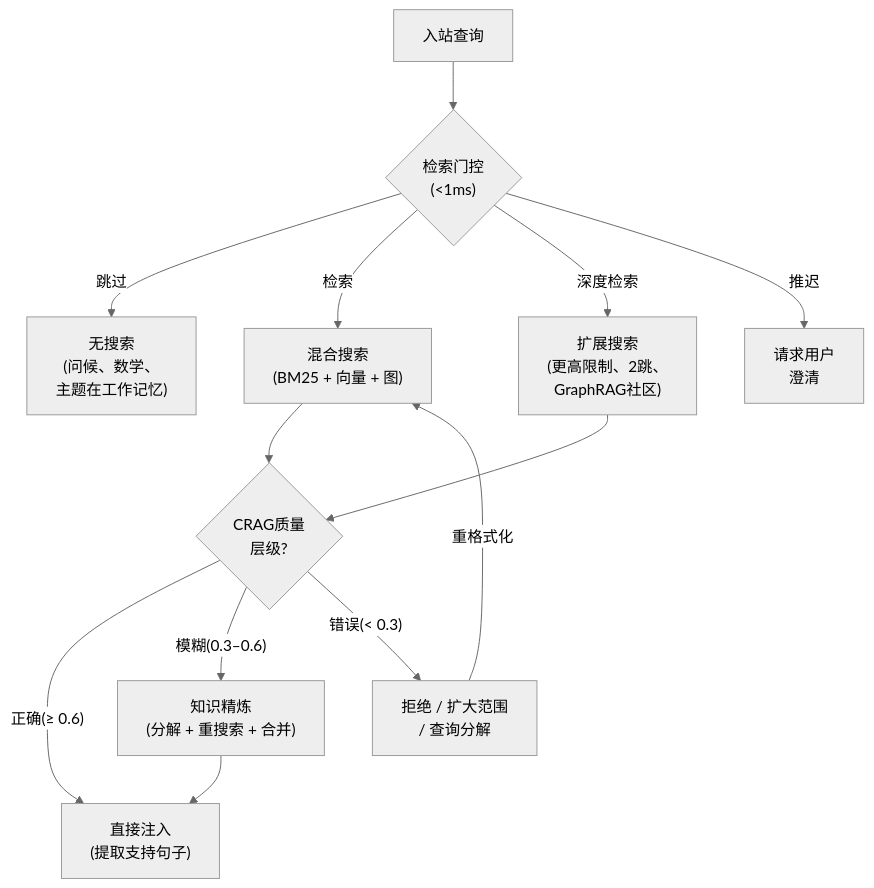
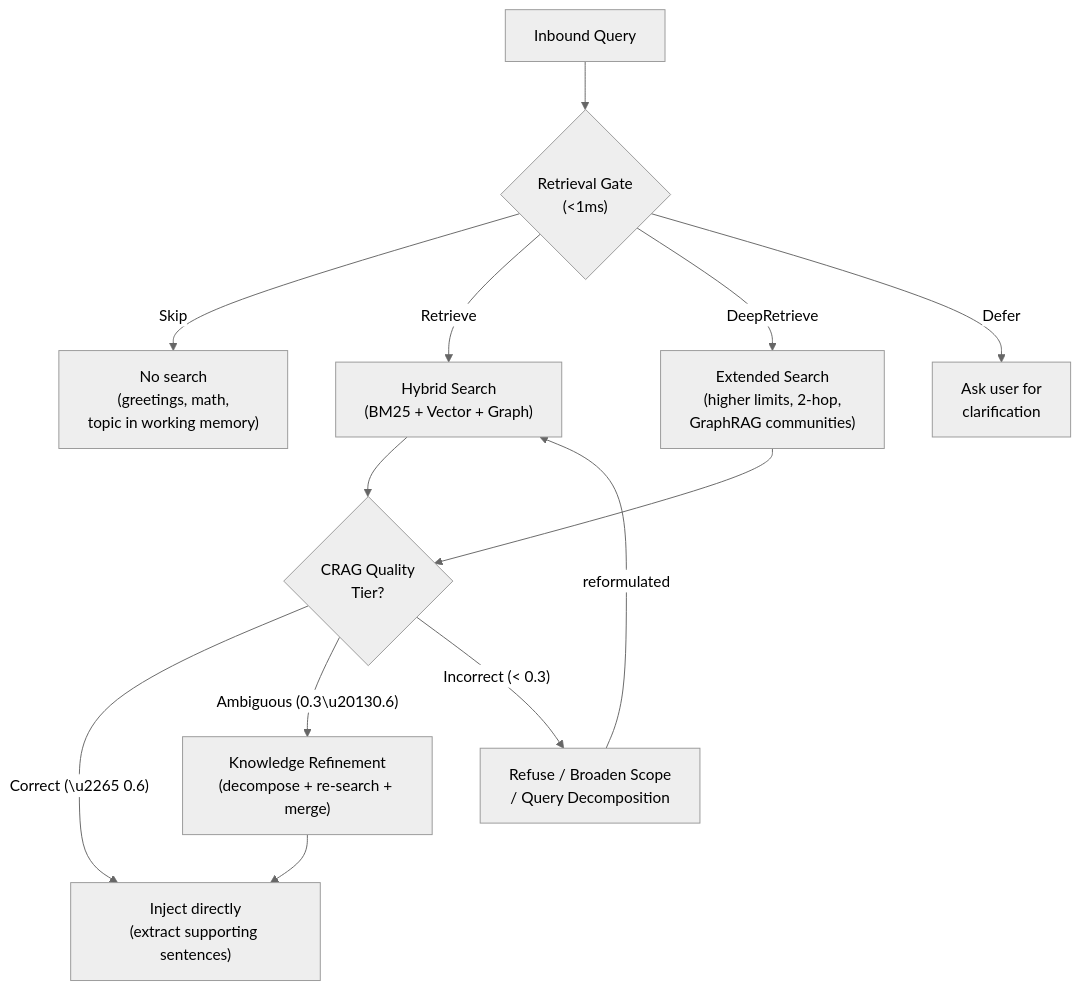
One commit to WeiLinCool/openpawz changed the fifth of 21 diagrams in docs/research/engram.md. Above: the diagram before and after it, drawn with Mermaid (neutral theme). The commit also changed other lines of this file and 7 other files, not shown here.

````diff
--- a/docs/research/engram.md
+++ b/docs/research/engram.md
@@ -402,20 +402,20 @@
 ```mermaid
 flowchart TD
-    Q["入站查询"] --> GATE{"检索门控\n(<1ms)"}
+    Q["Inbound Query"] --> GATE{"Retrieval Gate\n(<1ms)"}
 
-    GATE -- "跳过" --> SKIP["无搜索\n(问候、数学、\n主题在工作记忆)"]
-    GATE -- "检索" --> SEARCH["混合搜索\n(BM25 + 向量 + 图)"]
-    GATE -- "深度检索" --> DEEP["扩展搜索\n(更高限制、2跳、\nGraphRAG社区)"]
+    GATE -- "Skip" --> SKIP["No search\n(greetings, math,\ntopic in working memory)"]
+    GATE -- "Retrieve" --> SEARCH["Hybrid Search\n(BM25 + Vector + Graph)"]
+    GATE -- "DeepRetrieve" --> DEEP["Extended Search\n(higher limits, 2-hop,\nGraphRAG communities)"]
 
-    SEARCH --> QC{"CRAG质量\n层级?"}
+    SEARCH --> QC{"CRAG Quality\nTier?"}
     DEEP --> QC
 
-    QC -- "正确(≥ 0.6)" --> INJECT["直接注入\n(提取支持句子)"]
-    QC -- "模糊(0.3–0.6)" --> REFINE["知识精炼\n(分解 + 重搜索 + 合并)"]
-    QC -- "错误(< 0.3)" --> REFUSE["拒绝 / 扩大范围\n/ 查询分解"]
+    QC -- "Correct (\u2265 0.6)" --> INJECT["Inject directly\n(extract supporting sentences)"]
+    QC -- "Ambiguous (0.3\u20130.6)" --> REFINE["Knowledge Refinement\n(decompose + re-search + merge)"]
+    QC -- "Incorrect (< 0.3)" --> REFUSE["Refuse / Broaden Scope\n/ Query Decomposition"]
 
     REFINE --> INJECT
-    REFUSE -- "重格式化" --> SEARCH
+    REFUSE -- "reformulated" --> SEARCH
 
-    GATE -- "推迟" --> ASK["请求用户\n澄清"]
+    GATE -- "Defer" --> ASK["Ask user for\nclarification"]
 ```
````
